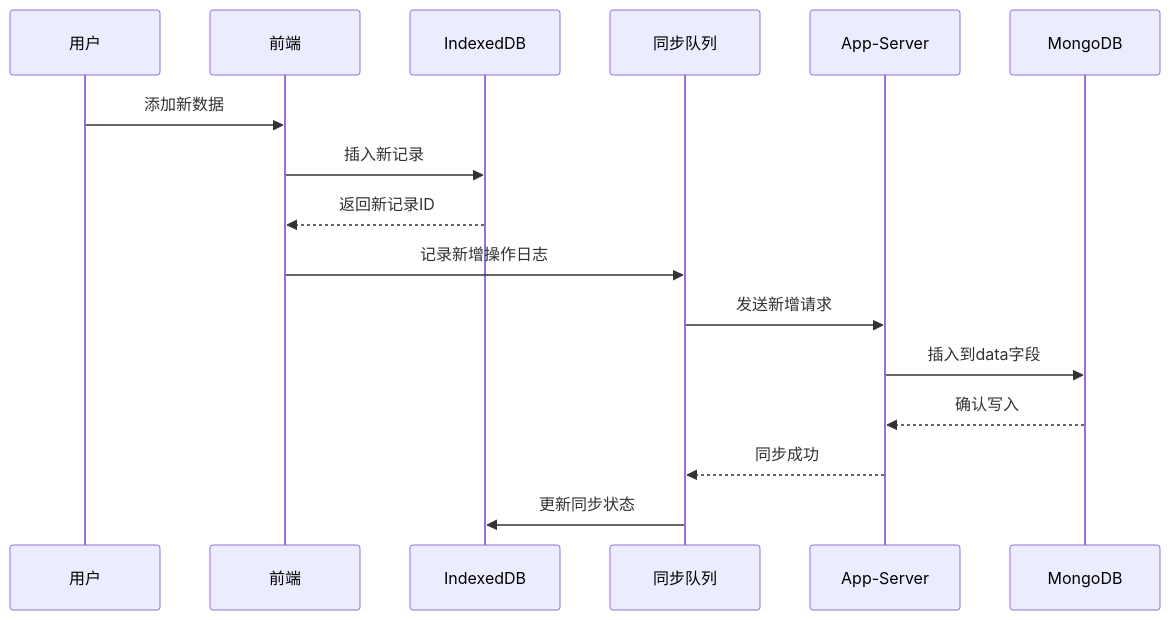
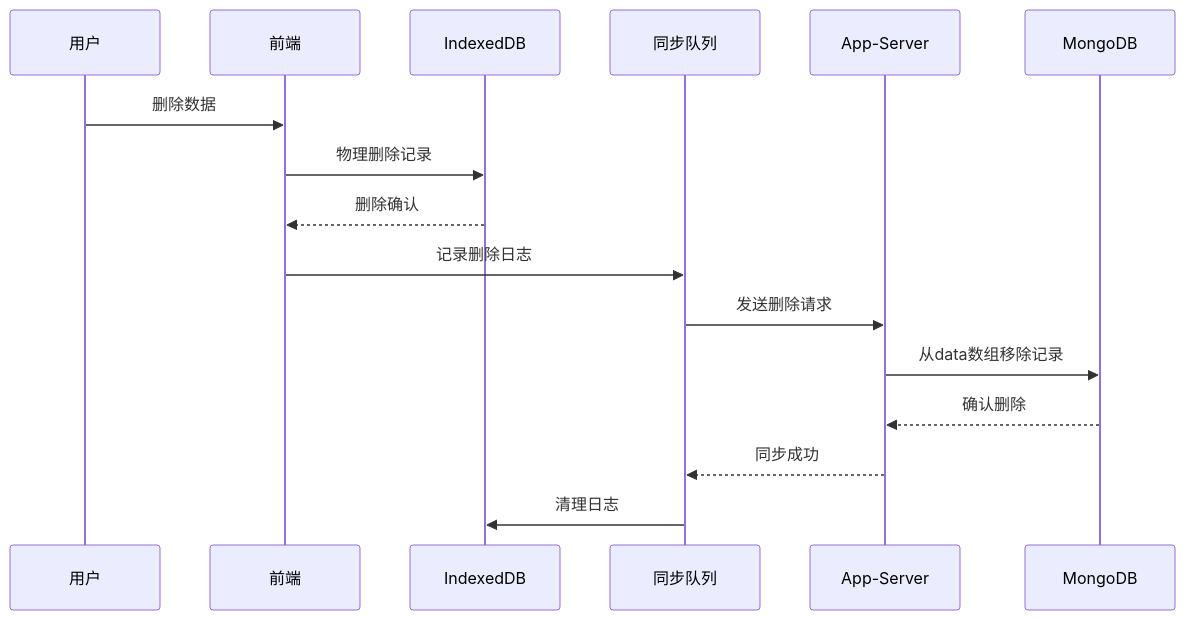
The diagram in all/未命名-25.md (yingjianzh/iodraw-files), drawn with Mermaid before and after one commit.

Commit message:
2025-02-21 14:52:10 update

````diff
--- a/all/未命名-25.md
+++ b/all/未命名-25.md
@@ -1,19 +1,19 @@
 ```mermaid
 sequenceDiagram
     participant 用户
     participant 前端
     participant IndexedDB
     participant 同步队列
     participant App-Server
     participant MongoDB
 
-    用户->>前端: 添加新数据
-    前端->>IndexedDB: 插入新记录
-    IndexedDB-->>前端: 返回新记录ID
-    前端->>同步队列: 记录新增操作日志
-    同步队列->>App-Server: 发送新增请求
-    App-Server->>MongoDB: 插入到data字段
-    MongoDB-->>App-Server: 确认写入
+    用户->>前端: 删除数据
+    前端->>IndexedDB: 物理删除记录
+    IndexedDB-->>前端: 删除确认
+    前端->>同步队列: 记录删除日志
+    同步队列->>App-Server: 发送删除请求
+    App-Server->>MongoDB: 从data数组移除记录
+    MongoDB-->>App-Server: 确认删除
     App-Server-->>同步队列: 同步成功
-    同步队列->>IndexedDB: 更新同步状态
+    同步队列->>IndexedDB: 清理日志
 ```
````
